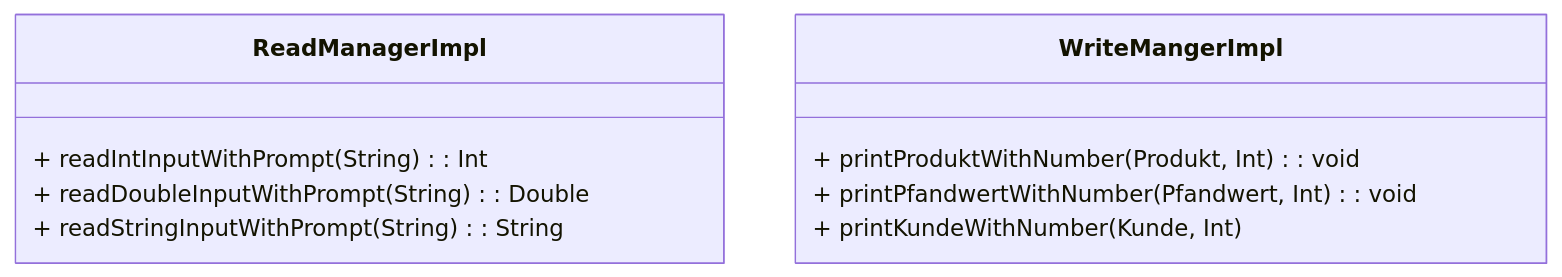
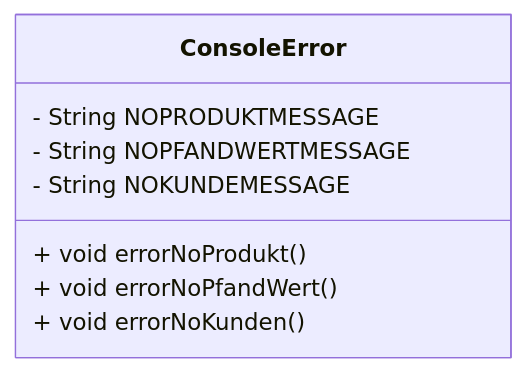
Before and after one commit to Gamagu/ase_getraenke: the fifth of 31 diagrams in README.md, drawn with Mermaid. The commit also changed other lines of this file and 1 other file, not shown here.

````diff
--- a/README.md
+++ b/README.md
@@ -276,15 +243,13 @@
 ```mermaid
-	classDiagram 
-		class ReadManagerImpl {
-			+ readIntInputWithPrompt(String): Int
-			+ readDoubleInputWithPrompt(String): Double
-			+ readStringInputWithPrompt(String): String
-		} 
-		
-		class WriteMangerImpl { 
-			+ printProduktWithNumber(Produkt, Int): void
-			+ printPfandwertWithNumber(Pfandwert, Int): void
-			+ printKundeWithNumber(Kunde, Int)
-		 
-		} 
+	classDiagram
+class ConsoleError {
+	- String NOPRODUKTMESSAGE
+	- String NOPFANDWERTMESSAGE
+	- String NOKUNDEMESSAGE
+
+	+ void errorNoProdukt()
+	+ void errorNoPfandWert()
+	+ void errorNoKunden()
+}
+
 ```
````
